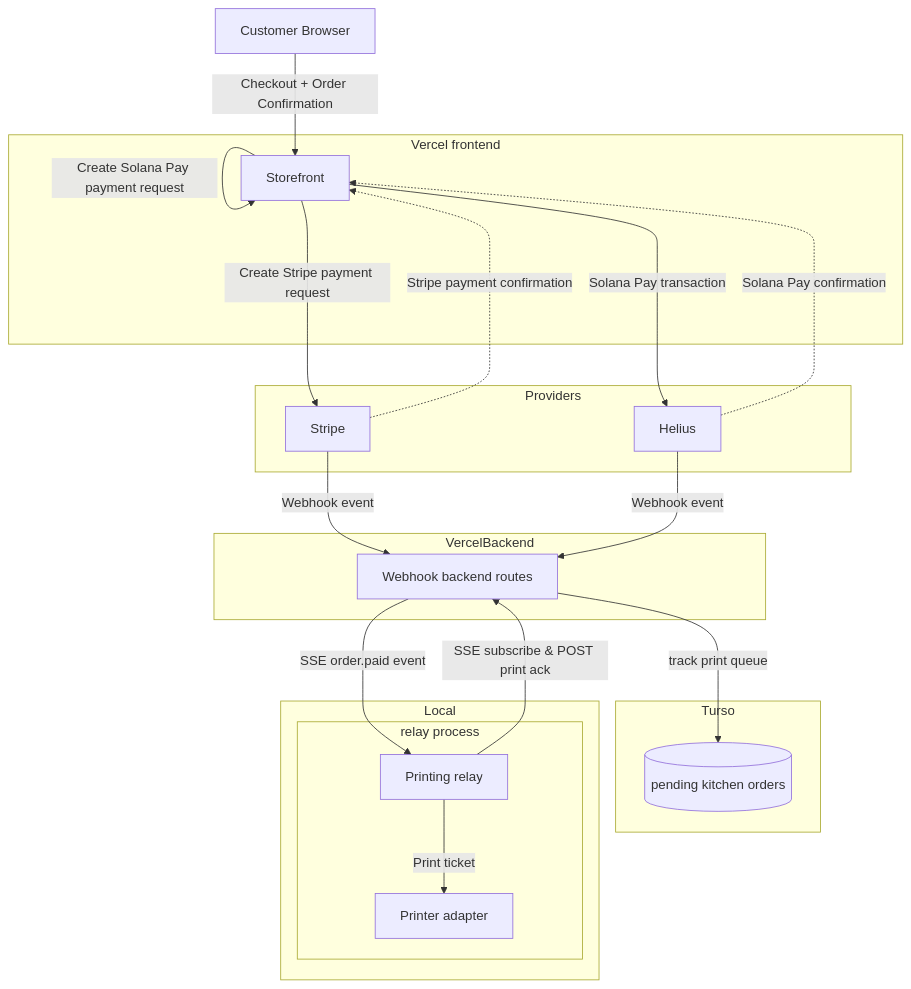
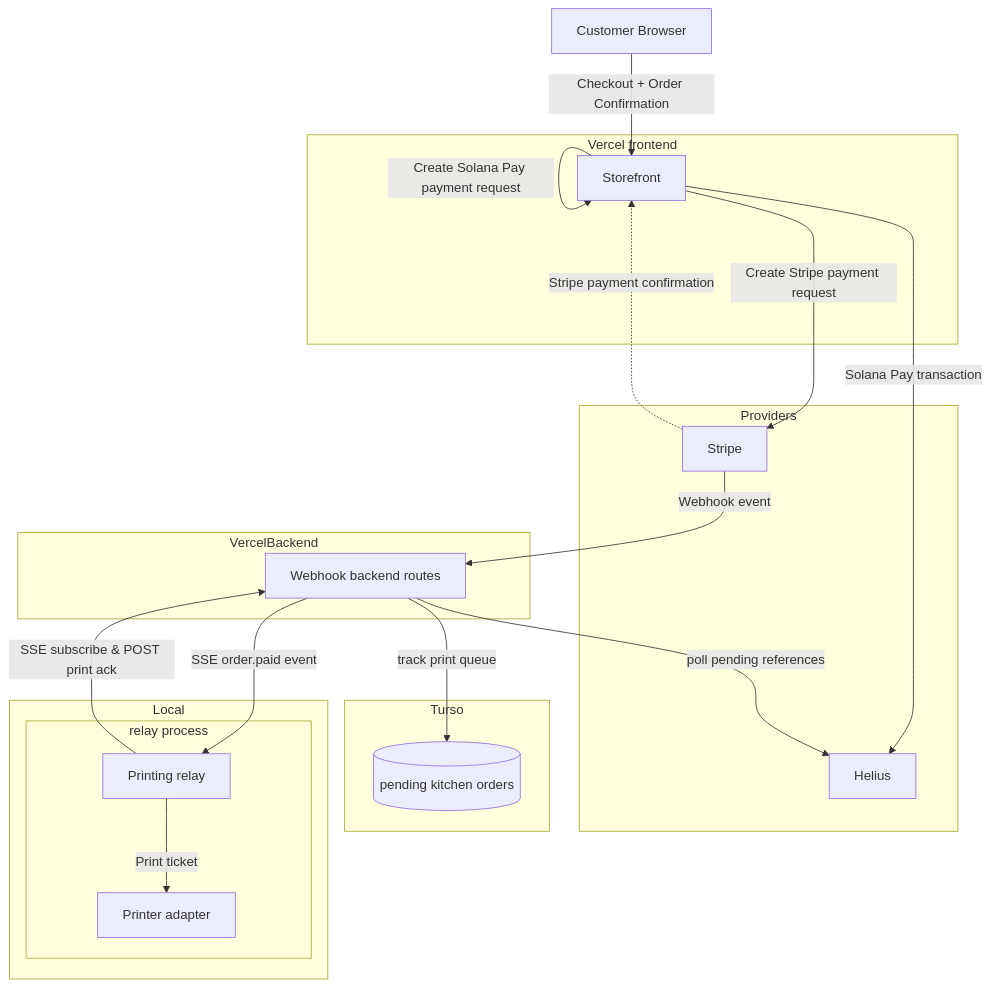
One commit to kilogold/RicoS changed the diagram in README.md. Above: the diagram before and after it, drawn with Mermaid. The commit also changed other lines of this file and 9 other files, not shown here.

First line of the commit message:
replace solana webhook ingestion with pending-reference polling

````diff
--- a/README.md
+++ b/README.md
@@ -152,42 +157,41 @@
 ```mermaid
 flowchart TB
   U[Customer Browser]
 
   subgraph Vercel frontend
     W[Storefront]
   end
 
   subgraph Providers
     S[Stripe]
     H[Helius]
   end
 
   subgraph Turso
     DB[(pending kitchen orders)]
   end
 
   subgraph VercelBackend
     X[Webhook backend routes]
   end
 
   subgraph Local
     subgraph relay process
       K[Printing relay]
       P[Printer adapter]
     end
   end
 
   U -->|Checkout + Order Confirmation| W
   W ---->|Create Stripe payment request| S
   S -.->|Stripe payment confirmation| W 
-  W -->|Create Solana Pay payment request|W 
+  W -->|Create Solana Pay payment request|W
   W ---->|Solana Pay transaction|H
-  H -.->|Solana Pay confirmation|W
 
   S -->|Webhook event| X
-  H -->|Webhook event| X
+  X -->|poll pending references| H
   X -->|track print queue| DB
   X -->|SSE order.paid event| K
   K -->|SSE subscribe & POST print ack| X
   K -->|Print ticket| P
 ```
````
